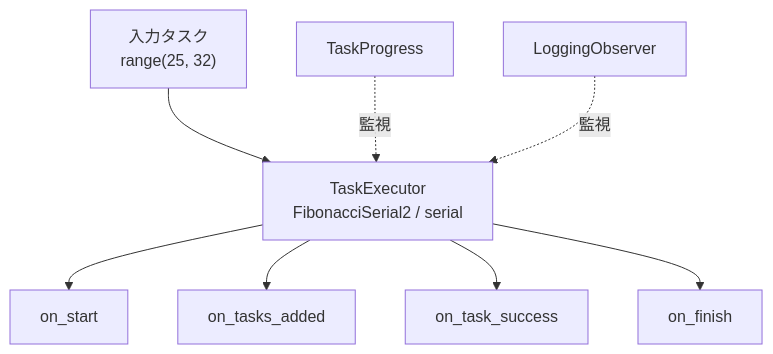
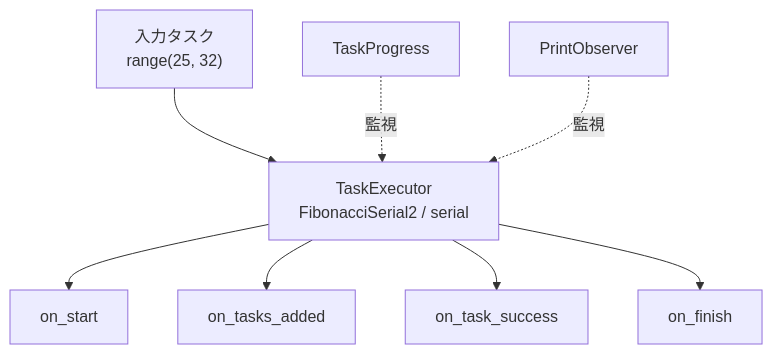
Before and after one commit to Mr-xiaotian/CelestialFlow: the diagram in docs/ja/demo/demo_observer.md, drawn with Mermaid. The commit also changed other lines of this file and 233 other files, not shown here.

````diff
--- a/docs/ja/demo/demo_observer.md
+++ b/docs/ja/demo/demo_observer.md
@@ -25,10 +25,10 @@
 ```mermaid
 flowchart TB
     Input["入力タスク<br/>range(25, 32)"] --> Executor["TaskExecutor<br/>FibonacciSerial2 / serial"]
     Progress["TaskProgress"] -.監視.-> Executor
-    Custom["LoggingObserver"] -.監視.-> Executor
+    Custom["PrintObserver"] -.監視.-> Executor
     Executor --> Start["on_start"]
     Executor --> Added["on_tasks_added"]
     Executor --> Success["on_task_success"]
     Executor --> Finish["on_finish"]
 ```
````
